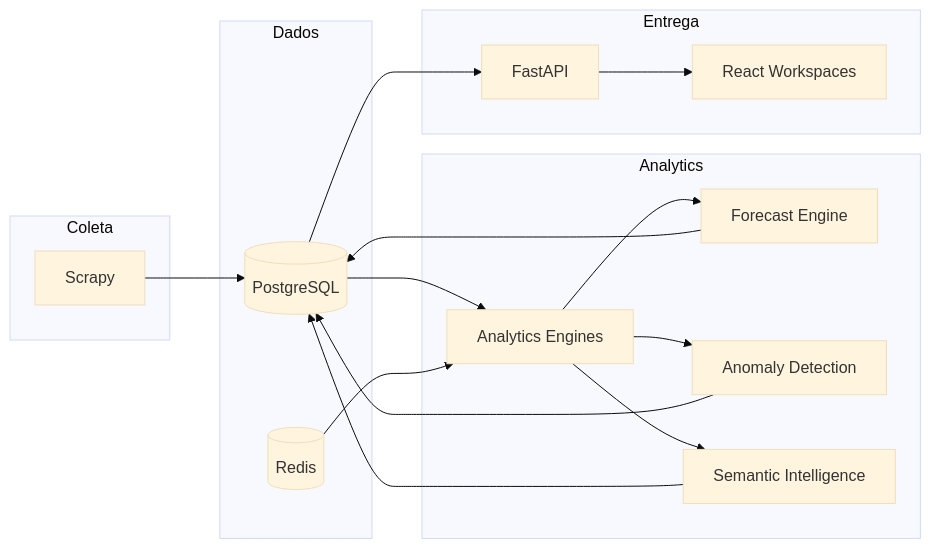
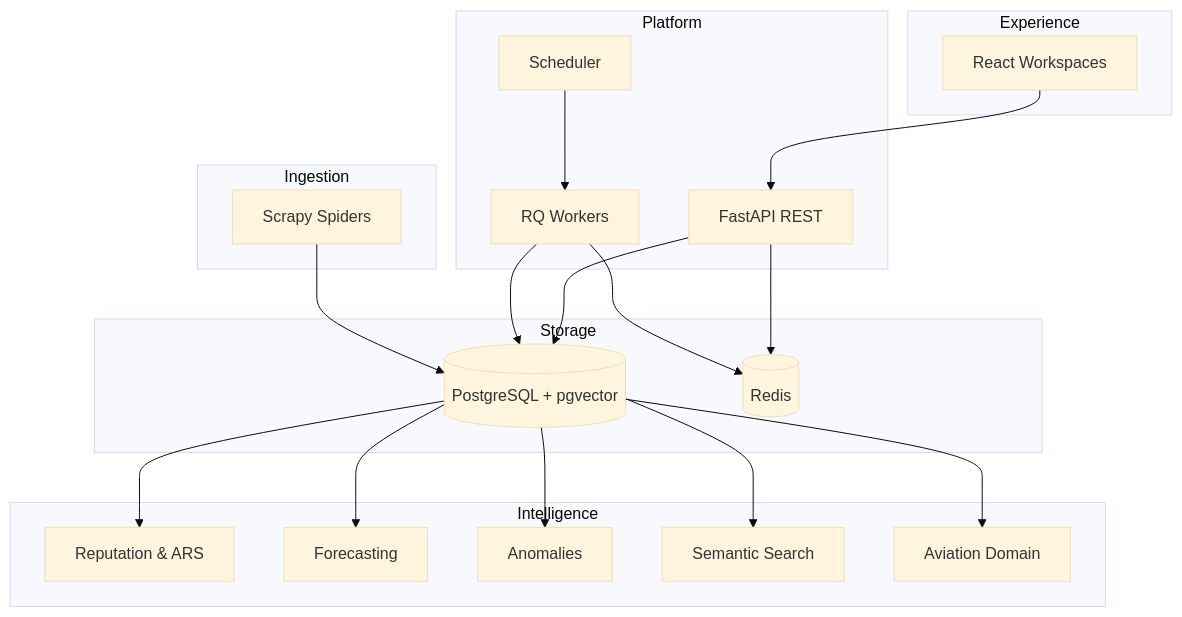
The diagram in README.md (willianpina/SkyTrax_Project), drawn with Mermaid (base theme) before and after one commit. The commit also changed other lines of this file and 1 other file, not shown here.

Commit message:
Atualizar os Dados.

````diff
--- a/README.md
+++ b/README.md
@@ -29,32 +38,38 @@
 ```mermaid
-flowchart LR
-  subgraph Coleta
-    SCR[Scrapy]
+flowchart TB
+  subgraph Ingestion
+    SCR[Scrapy Spiders]
   end
-  subgraph Dados
-    DB[(PostgreSQL)]
-    RQ[(Redis)]
+  subgraph Platform
+    API[FastAPI REST]
+    WK[RQ Workers]
+    SCH[Scheduler]
   end
-  subgraph Analytics
-    AN[Analytics Engines]
-    FC[Forecast Engine]
-    AD[Anomaly Detection]
-    SI[Semantic Intelligence]
+  subgraph Storage
+    PG[(PostgreSQL + pgvector)]
+    RD[(Redis)]
   end
-  subgraph Entrega
-    API[FastAPI]
-    FE[React Workspaces]
+  subgraph Intelligence
+    REP[Reputation & ARS]
+    FC[Forecasting]
+    AN[Anomalies]
+    SEM[Semantic Search]
+    AV[Aviation Domain]
+  end
+  subgraph Experience
+    UI[React Workspaces]
   end
 
-  SCR --> DB
-  DB --> AN
-  RQ --> AN
-  AN --> FC
-  AN --> AD
-  AN --> SI
-  FC --> DB
-  AD --> DB
-  SI --> DB
-  DB --> API
-  API --> FE
+  SCR --> PG
+  WK --> PG
+  WK --> RD
+  SCH --> WK
+  PG --> REP
+  PG --> FC
+  PG --> AN
+  PG --> SEM
+  PG --> AV
+  API --> PG
+  API --> RD
+  UI --> API
 ```
````
